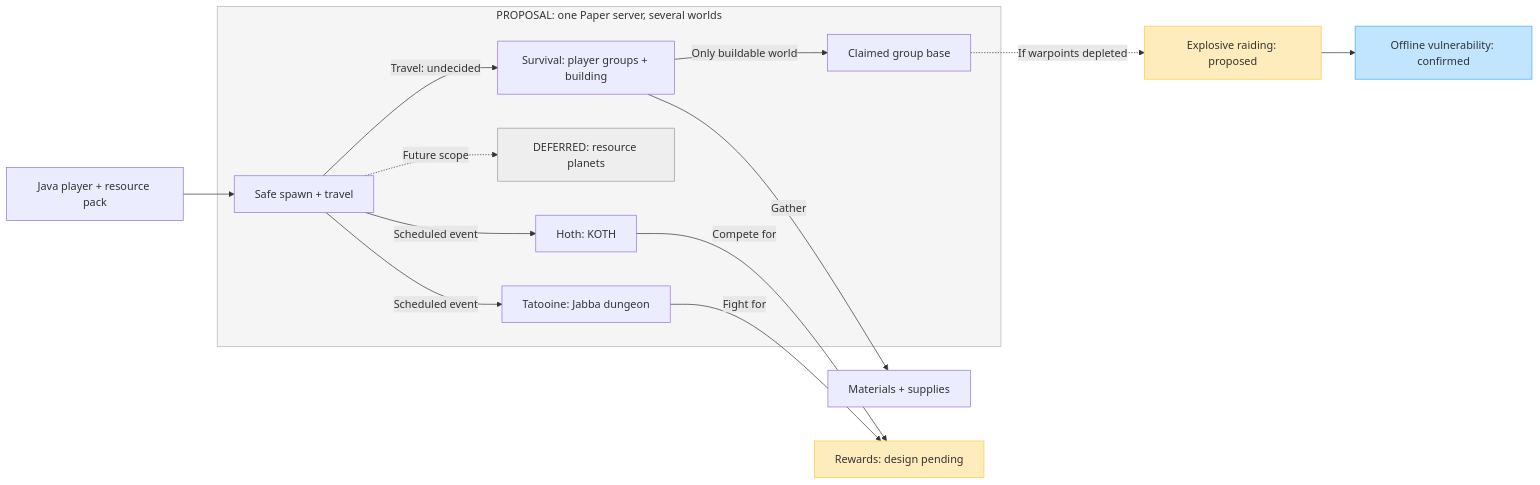
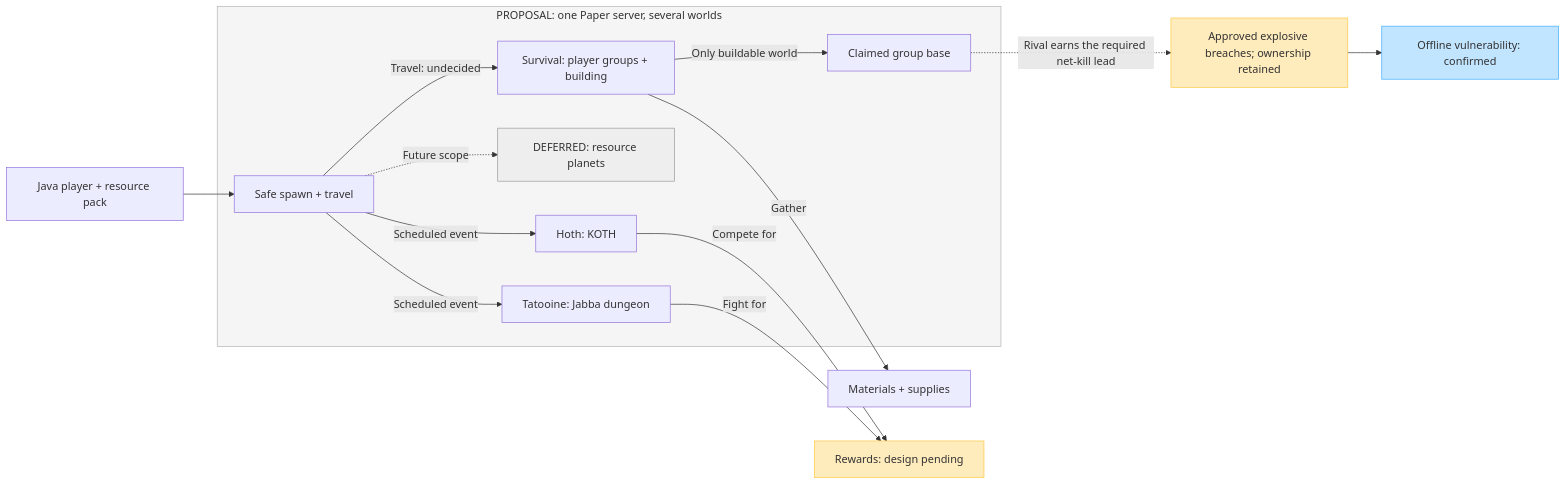
One commit to AstuteFlamez/MandoMC changed the diagram in planning/world-structure.mmd. Above: the diagram before and after it, drawn with Mermaid. The commit also changed 5 other files, not shown here.

Commit message:
Define pairwise warpoints and rival-specific explosive raiding

```diff
--- a/planning/world-structure.mmd
+++ b/planning/world-structure.mmd
@@ -1,25 +1,25 @@
 flowchart LR
   player["Java player + resource pack"] --> spawn
   subgraph worlds ["PROPOSAL: one Paper server, several worlds"]
     spawn["Safe spawn + travel"]
     survival["Survival: player groups + building"]
     resources["DEFERRED: resource planets"]
     hoth["Hoth: KOTH"]
     tatooine["Tatooine: Jabba dungeon"]
     base["Claimed group base"]
     spawn -->|"Travel: undecided"| survival
     spawn -.->|"Future scope"| resources
     spawn -->|"Scheduled event"| hoth
     spawn -->|"Scheduled event"| tatooine
     survival -->|"Only buildable world"| base
   end
   survival -->|"Gather"| supplies["Materials + supplies"]
   hoth -->|"Compete for"| rewards["Rewards: design pending"]
   tatooine -->|"Fight for"| rewards
-  base -.->|"If warpoints depleted"| breach["Explosive raiding: proposed"]
+  base -.->|"Rival earns the required net-kill lead"| breach["Approved explosive breaches; ownership retained"]
   breach --> offline["Offline vulnerability: confirmed"]
   style worlds fill:#F5F5F5,stroke:#B3B3B3
   style resources fill:#EEEEEE,stroke:#999999
   style rewards fill:#FFECBD,stroke:#FFC943
   style breach fill:#FFECBD,stroke:#FFC943
   style offline fill:#C2E5FF,stroke:#3DADFF
```
